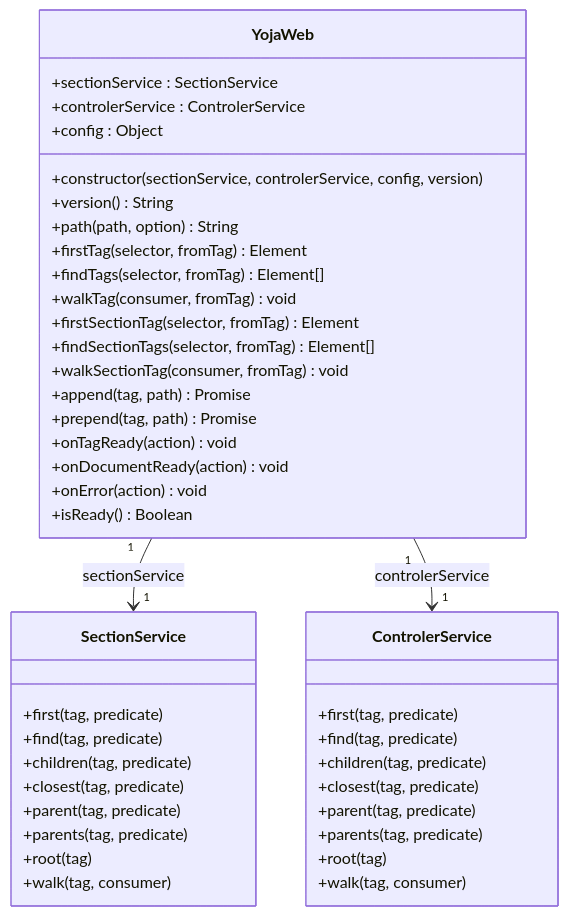
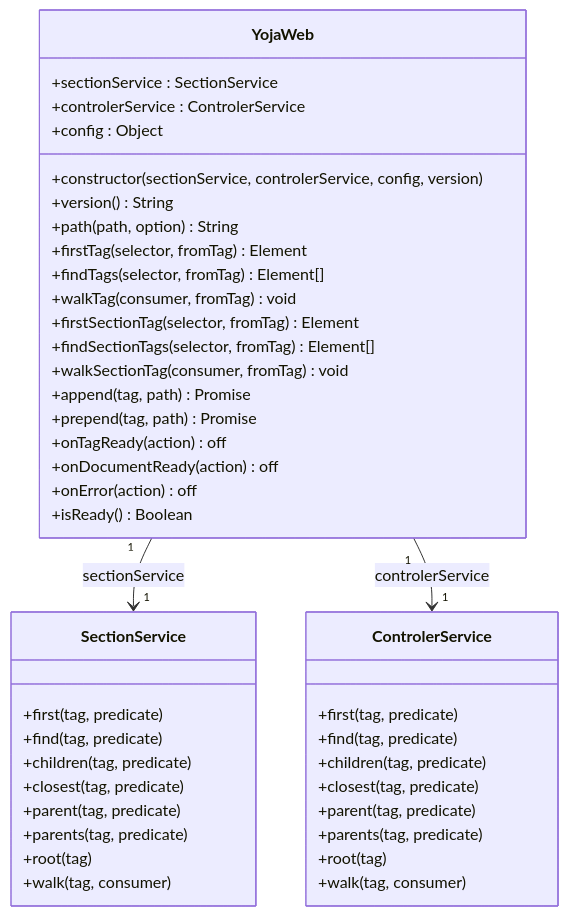
One commit to Easy-API-Style/yoja-framework changed the first of 2 diagrams in yoja-web/README.md. Above: the diagram before and after it, drawn with Mermaid. The commit also changed other lines of this file and 7 other files, not shown here.

````diff
--- a/yoja-web/README.md
+++ b/yoja-web/README.md
@@ -291,45 +295,45 @@
 ```mermaid
 classDiagram
     class YojaWeb {
         +sectionService : SectionService
         +controlerService : ControlerService
         +config : Object
         +constructor(sectionService, controlerService, config, version)
         +version() String
         +path(path, option) String
         +firstTag(selector, fromTag) Element
         +findTags(selector, fromTag) Element[]
         +walkTag(consumer, fromTag) void
         +firstSectionTag(selector, fromTag) Element
         +findSectionTags(selector, fromTag) Element[]
         +walkSectionTag(consumer, fromTag) void
         +append(tag, path) Promise
         +prepend(tag, path) Promise
-        +onTagReady(action) void
-        +onDocumentReady(action) void
-        +onError(action) void
+        +onTagReady(action) off
+        +onDocumentReady(action) off
+        +onError(action) off
         +isReady() Boolean
     }
     class SectionService {
         +first(tag, predicate)
         +find(tag, predicate)
         +children(tag, predicate)
         +closest(tag, predicate)
         +parent(tag, predicate)
         +parents(tag, predicate)
         +root(tag)
         +walk(tag, consumer)
     }
     class ControlerService {
         +first(tag, predicate)
         +find(tag, predicate)
         +children(tag, predicate)
         +closest(tag, predicate)
         +parent(tag, predicate)
         +parents(tag, predicate)
         +root(tag)
         +walk(tag, consumer)
     }
     YojaWeb "1" --> "1" SectionService : sectionService
     YojaWeb "1" --> "1" ControlerService : controlerService
 ```
````
